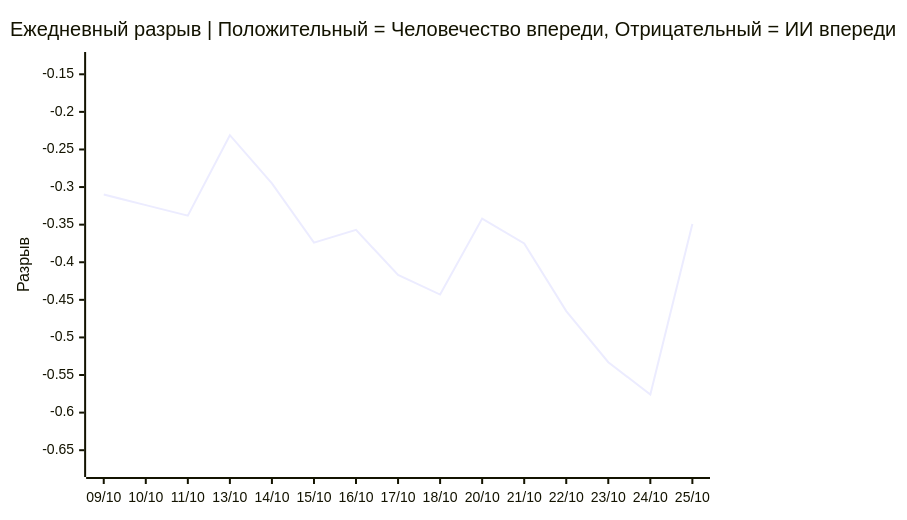
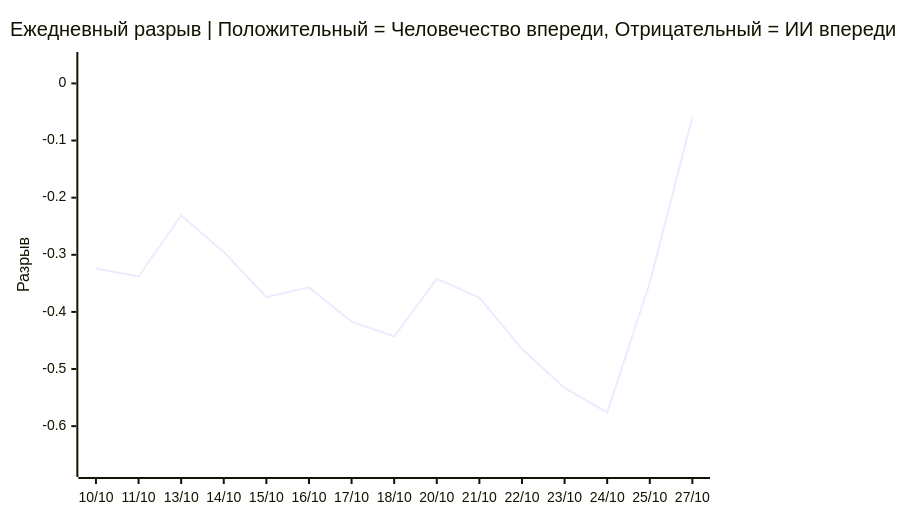
The third of 3 diagrams in README.ru.md (VQQLK/Human-AI-Monitor), drawn with Mermaid before and after one commit. The commit also changed other lines of this file and 5 other files, not shown here.

````diff
--- a/README.ru.md
+++ b/README.ru.md
@@ -54,7 +54,7 @@
 ```mermaid
 xychart-beta
     title "Ежедневный разрыв | Положительный = Человечество впереди, Отрицательный = ИИ впереди"
-    x-axis ["09/10", "10/10", "11/10", "13/10", "14/10", "15/10", "16/10", "17/10", "18/10", "20/10", "21/10", "22/10", "23/10", "24/10", "25/10"]
-    y-axis "Разрыв" -0.675 --> -0.131
-    line [-0.310, -0.324, -0.338, -0.231, -0.295, -0.374, -0.357, -0.417, -0.443, -0.342, -0.375, -0.465, -0.533, -0.576, -0.349]
+    x-axis ["10/10", "11/10", "13/10", "14/10", "15/10", "16/10", "17/10", "18/10", "20/10", "21/10", "22/10", "23/10", "24/10", "25/10", "27/10"]
+    y-axis "Разрыв" -0.675 --> 0.041
+    line [-0.324, -0.338, -0.231, -0.295, -0.374, -0.357, -0.417, -0.443, -0.342, -0.375, -0.465, -0.533, -0.576, -0.349, -0.059]
 ```
````
